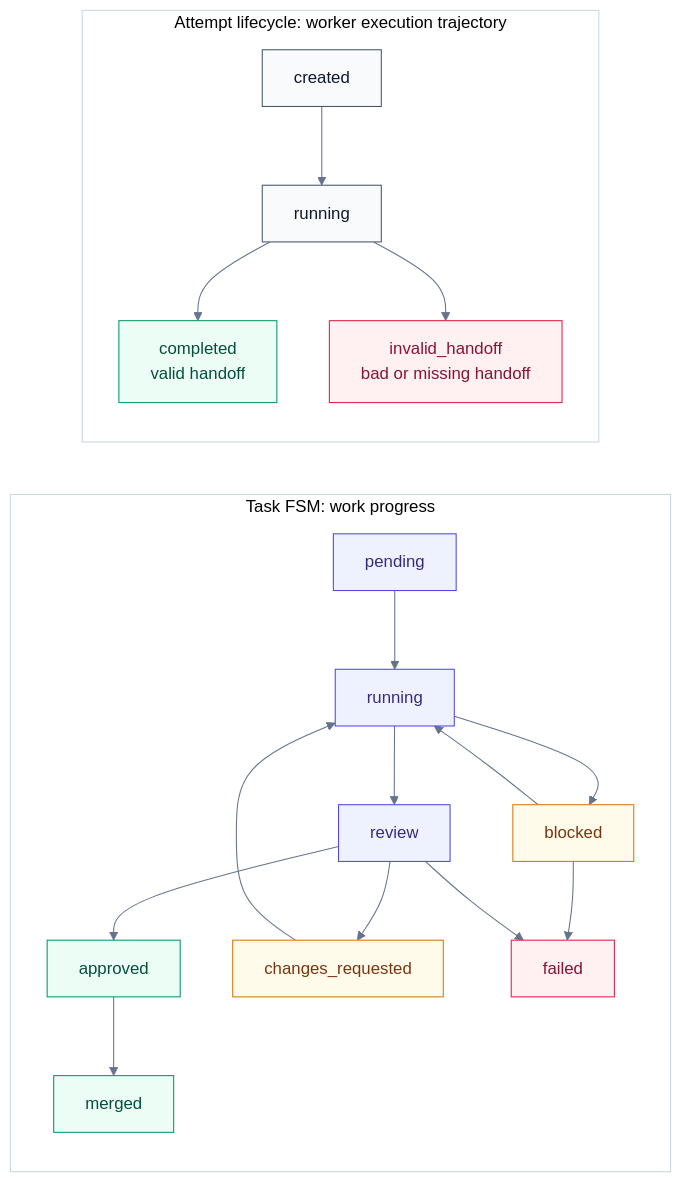
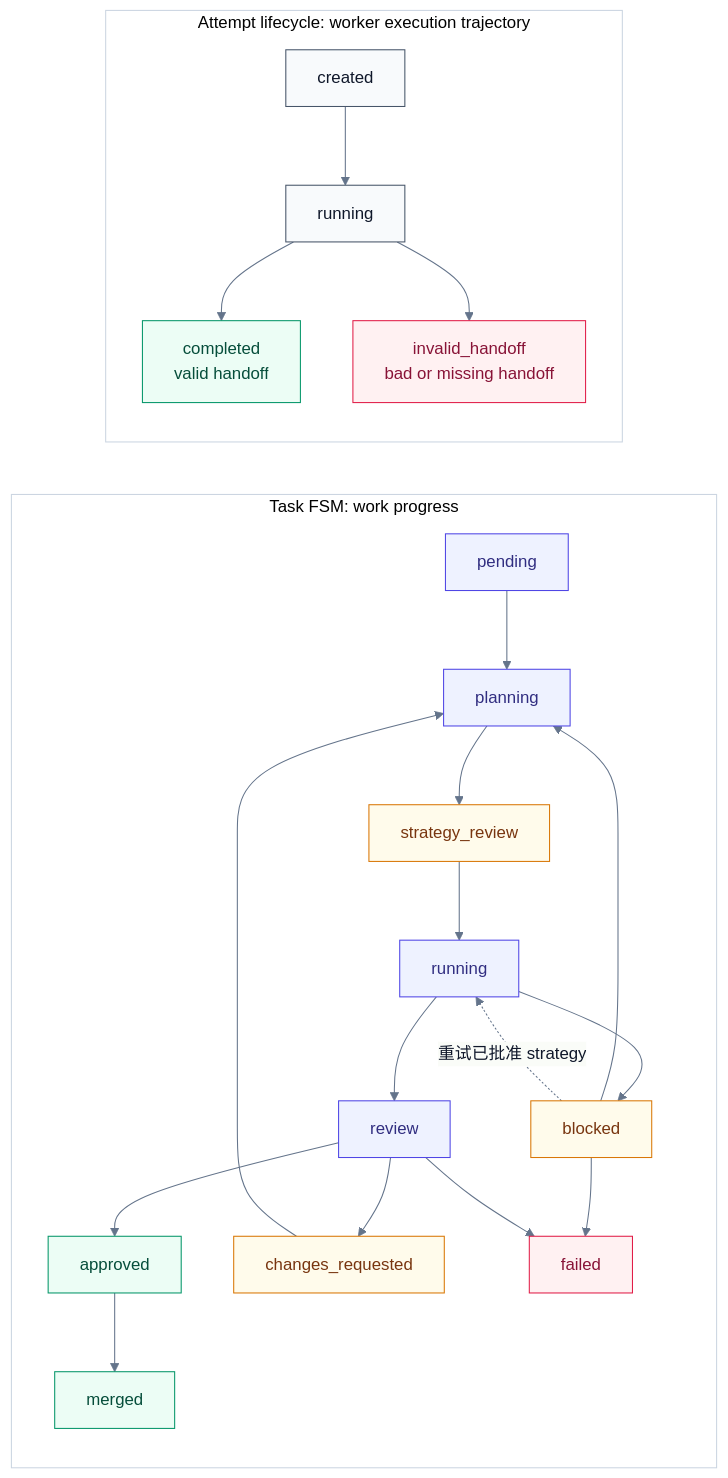
The third of 3 diagrams in README.zh-CN.md (LKCY23/research-dev-orchestrator), drawn with Mermaid before and after one commit. The commit also changed other lines of this file and 66 other files, not shown here.

````diff
--- a/README.zh-CN.md
+++ b/README.zh-CN.md
@@ -235,28 +254,31 @@
 ```mermaid
 %%{init: {"theme":"base","themeVariables":{"fontFamily":"Inter, ui-sans-serif, system-ui","primaryColor":"#f8fafc","primaryTextColor":"#0f172a","primaryBorderColor":"#cbd5e1","lineColor":"#64748b","clusterBkg":"#ffffff","clusterBorder":"#cbd5e1"}}}%%
 flowchart LR
   subgraph TaskFSM["Task FSM: work progress"]
-    P["pending"]:::task --> R["running"]:::task
+    P["pending"]:::task --> PL["planning"]:::task
+    PL --> SR["strategy_review"]:::warn
+    SR --> R["running"]:::task
     R --> V["review"]:::task
     R --> B["blocked"]:::warn
     V --> A["approved"]:::ok
     V --> CR["changes_requested"]:::warn
     A --> M["merged"]:::ok
-    CR --> R
-    B --> R
+    CR --> PL
+    B --> PL
+    B -. "重试已批准 strategy" .-> R
     B --> F["failed"]:::bad
     V --> F
   end
 
   subgraph AttemptLifecycle["Attempt lifecycle: worker execution trajectory"]
     C["created"]:::attempt --> AR["running"]:::attempt
     AR --> DONE["completed<br/>valid handoff"]:::ok
     AR --> BAD["invalid_handoff<br/>bad or missing handoff"]:::bad
   end
 
   classDef task fill:#eef2ff,stroke:#4f46e5,color:#312e81;
   classDef attempt fill:#f8fafc,stroke:#475569,color:#0f172a;
   classDef ok fill:#ecfdf5,stroke:#059669,color:#064e3b;
   classDef warn fill:#fffbeb,stroke:#d97706,color:#78350f;
   classDef bad fill:#fff1f2,stroke:#e11d48,color:#881337;
 ```
````
